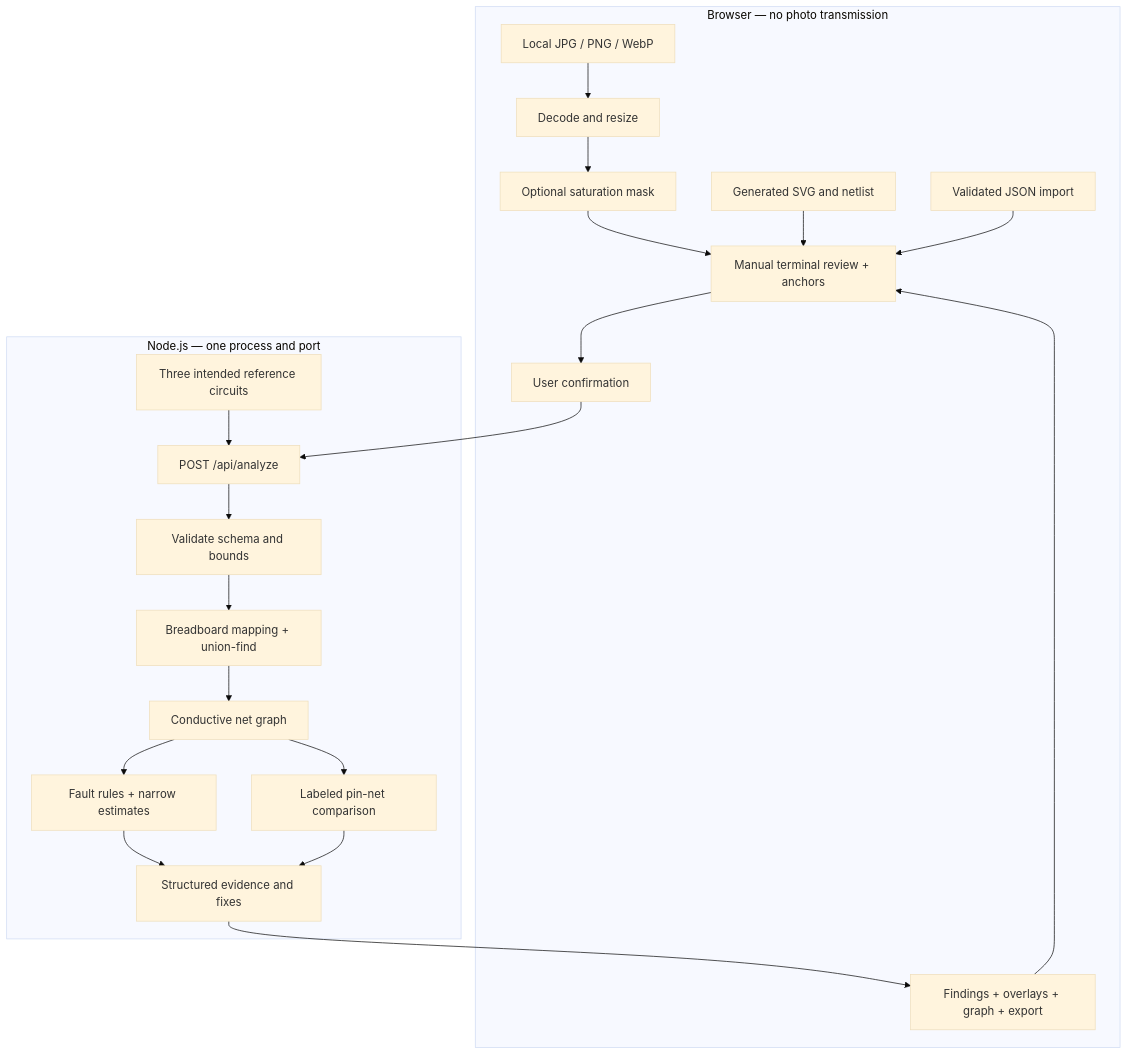
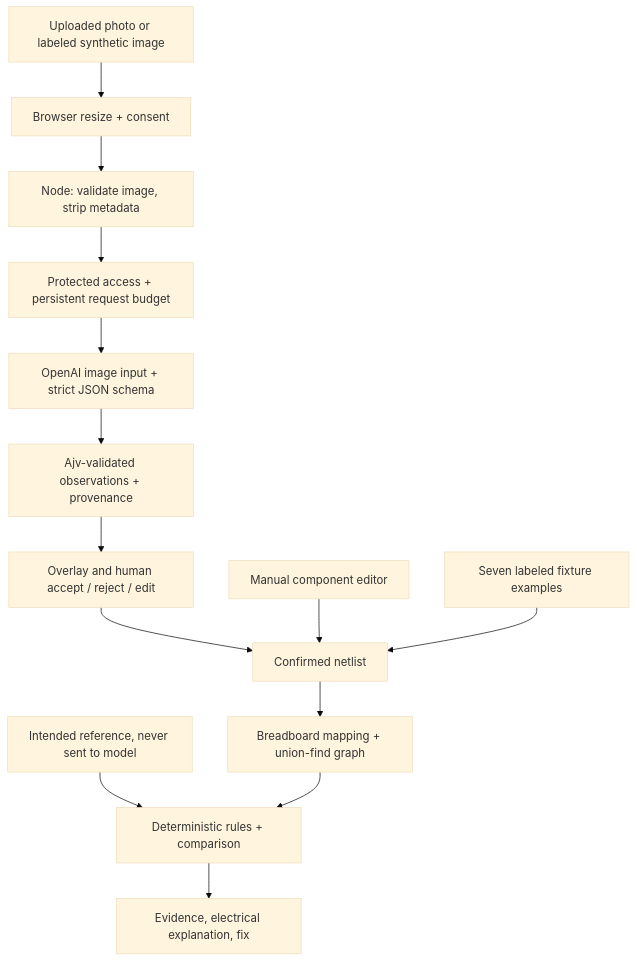
Before and after one commit to luiscontrerasus-glitch/CircuitLens: the diagram in submission/architecture.md, drawn with Mermaid (base theme). The commit also changed other lines of this file and 102 other files, not shown here.

Commit message:
feat: complete structured vision review and fallback pipeline

````diff
--- a/submission/architecture.md
+++ b/submission/architecture.md
@@ -3,25 +3,16 @@
 ```mermaid
 flowchart TD
-  subgraph Browser[Browser — no photo transmission]
-    Photo[Local JPG / PNG / WebP] --> Resize[Decode and resize]
-    Resize --> Mask[Optional saturation mask]
-    Mask --> Review[Manual terminal review + anchors]
-    Fixture[Generated SVG and netlist] --> Review
-    Import[Validated JSON import] --> Review
-    Review --> Confirm[User confirmation]
-    Output[Findings + overlays + graph + export]
-  end
-  subgraph Server[Node.js — one process and port]
-    Confirm --> API[POST /api/analyze]
-    Reference[Three intended reference circuits] --> API
-    API --> Validate[Validate schema and bounds]
-    Validate --> Union[Breadboard mapping + union-find]
-    Union --> Graph[Conductive net graph]
-    Graph --> Rules[Fault rules + narrow estimates]
-    Graph --> Compare[Labeled pin-net comparison]
-    Rules --> Report[Structured evidence and fixes]
-    Compare --> Report
-  end
-  Report --> Output
-  Output --> Review
+    I[Uploaded photo or labeled synthetic image] --> P[Browser resize + consent]
+    P --> S[Node: validate image, strip metadata]
+    S --> Q[Protected access + persistent request budget]
+    Q --> V[OpenAI image input + strict JSON schema]
+    V --> O[Ajv-validated observations + provenance]
+    O --> H[Overlay and human accept / reject / edit]
+    H --> N[Confirmed netlist]
+    M[Manual component editor] --> N
+    F[Seven labeled fixture examples] --> N
+    N --> G[Breadboard mapping + union-find graph]
+    R[Intended reference, never sent to model] --> D[Deterministic rules + comparison]
+    G --> D
+    D --> E[Evidence, electrical explanation, fix]
 ```
````
